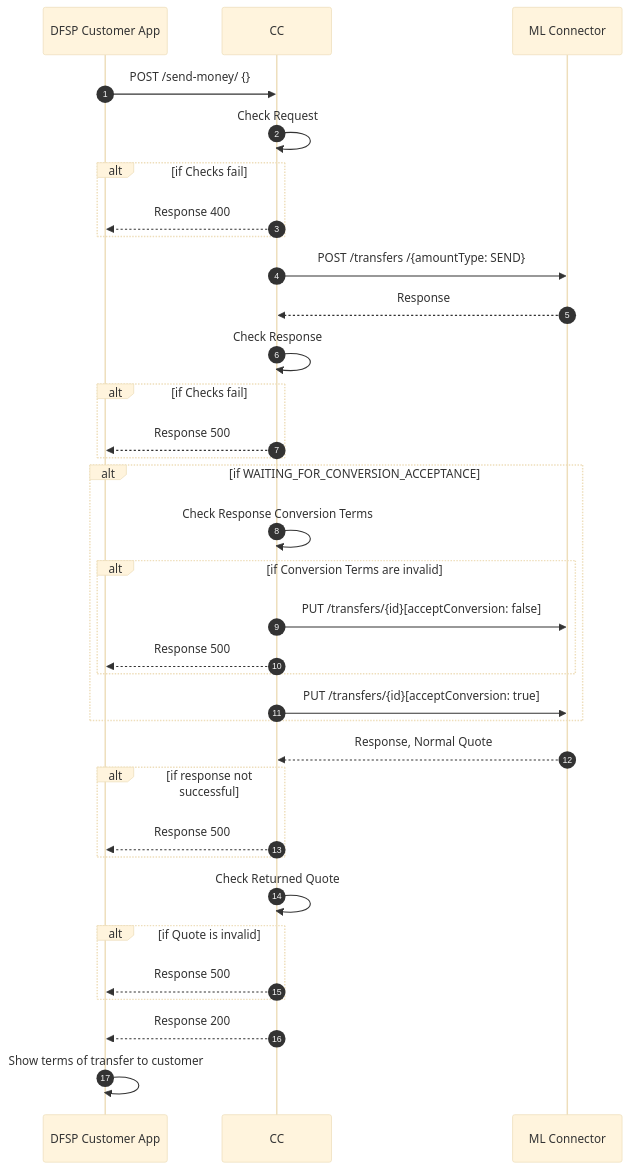
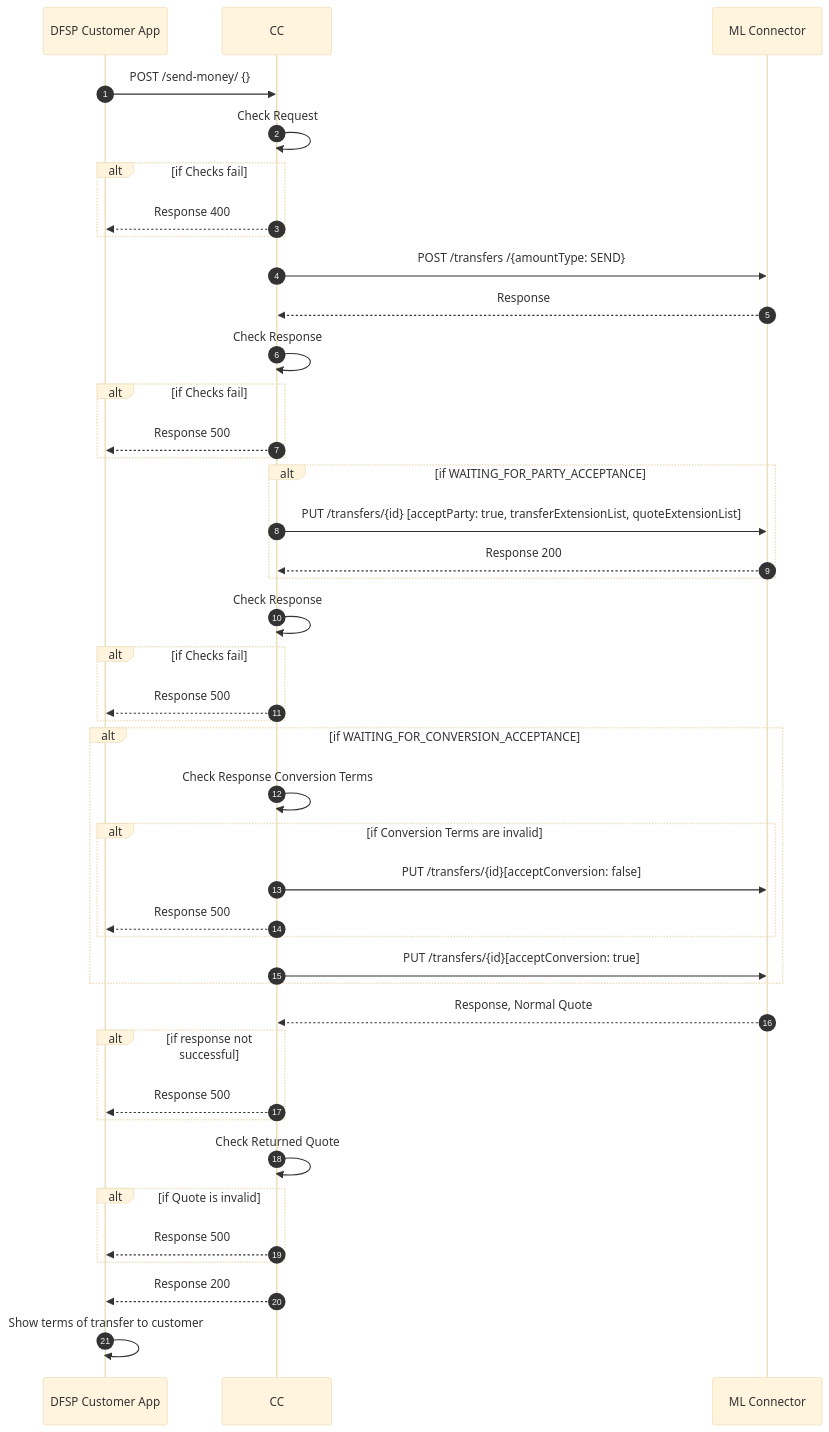
One commit to mojaloop/ml-reference-connectors changed the diagram in core-connector-template/docs/payer/payer-send-money.md. Above: the diagram before and after it, drawn with Mermaid (base theme). The commit also changed 2 other files, not shown here.

Commit message:
feat: refactor payer send money design to respond to acceptParty

````diff
--- a/core-connector-template/docs/payer/payer-send-money.md
+++ b/core-connector-template/docs/payer/payer-send-money.md
@@ -3,34 +3,41 @@
 ```mermaid
 sequenceDiagram
   autoNumber
   DFSP Customer App->>CC: POST /send-money/ {}
   CC->>CC: Check Request
   Alt if Checks fail
   CC-->>DFSP Customer App: Response 400
   End
   CC->>ML Connector: POST /transfers /{amountType: SEND} 
   ML Connector-->>CC: Response
   CC->> CC: Check Response
   Alt if Checks fail
   CC-->>DFSP Customer App: Response 500
   End
-
+  Alt if WAITING_FOR_PARTY_ACCEPTANCE
+  CC->>ML Connector: PUT /transfers/{id} [acceptParty: true, transferExtensionList, quoteExtensionList]
+  ML Connector-->>CC: Response 200
+  End
+  CC->> CC: Check Response
+  Alt if Checks fail
+  CC-->>DFSP Customer App: Response 500
+  End
   Alt if WAITING_FOR_CONVERSION_ACCEPTANCE
   CC->>CC: Check Response Conversion Terms
   Alt if Conversion Terms are invalid
   CC->>ML Connector: PUT /transfers/{id}[acceptConversion: false]
   CC-->>DFSP Customer App: Response 500
   End
   CC->>ML Connector: PUT /transfers/{id}[acceptConversion: true]
   End
   ML Connector-->>CC:Response, Normal Quote
   Alt if response not successful
   CC-->>DFSP Customer App: Response 500
   End
   CC->>CC: Check Returned Quote
   Alt if Quote is invalid
   CC-->>DFSP Customer App: Response 500
   End
   CC-->>DFSP Customer App: Response 200
   DFSP Customer App->>DFSP Customer App:Show terms of transfer to customer
 ```
````
